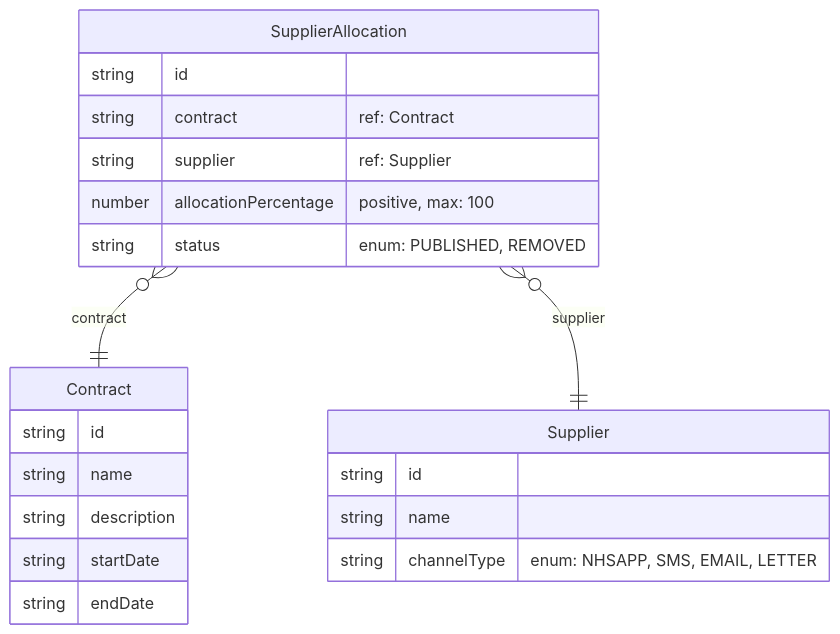
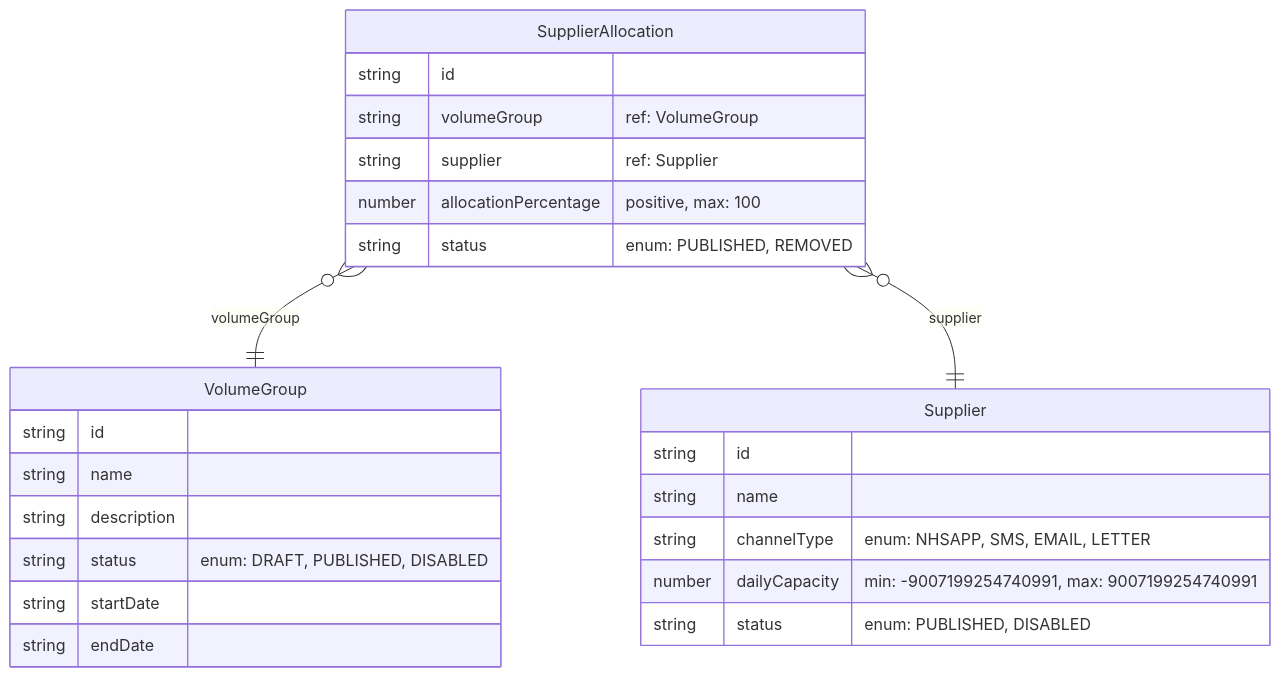
Before and after one commit to NHSDigital/nhs-notify-supplier-config: the fourth of 5 diagrams in packages/events/src/domain/erd.md, drawn with Mermaid. The commit also changed other lines of this file and 12 other files, not shown here.

Commit message:
Refactor contract references to volume group in schemas and events

````diff
--- a/packages/events/src/domain/erd.md
+++ b/packages/events/src/domain/erd.md
@@ -101,24 +215,27 @@
 ```mermaid
 erDiagram
-    Contract {
+    VolumeGroup {
         string id
         string name
         string description
+        string status "enum: DRAFT, PUBLISHED, DISABLED"
         string startDate
         string endDate
     }
     Supplier {
         string id
         string name
         string channelType "enum: NHSAPP, SMS, EMAIL, LETTER"
+        number dailyCapacity "min: -9007199254740991, max: 9007199254740991"
+        string status "enum: PUBLISHED, DISABLED"
     }
     SupplierAllocation {
         string id
-        string contract "ref: Contract"
+        string volumeGroup "ref: VolumeGroup"
         string supplier "ref: Supplier"
         number allocationPercentage "positive, max: 100"
         string status "enum: PUBLISHED, REMOVED"
     }
-    SupplierAllocation }o--|| Contract : "contract"
+    SupplierAllocation }o--|| VolumeGroup : "volumeGroup"
     SupplierAllocation }o--|| Supplier : "supplier"
 ```
````
